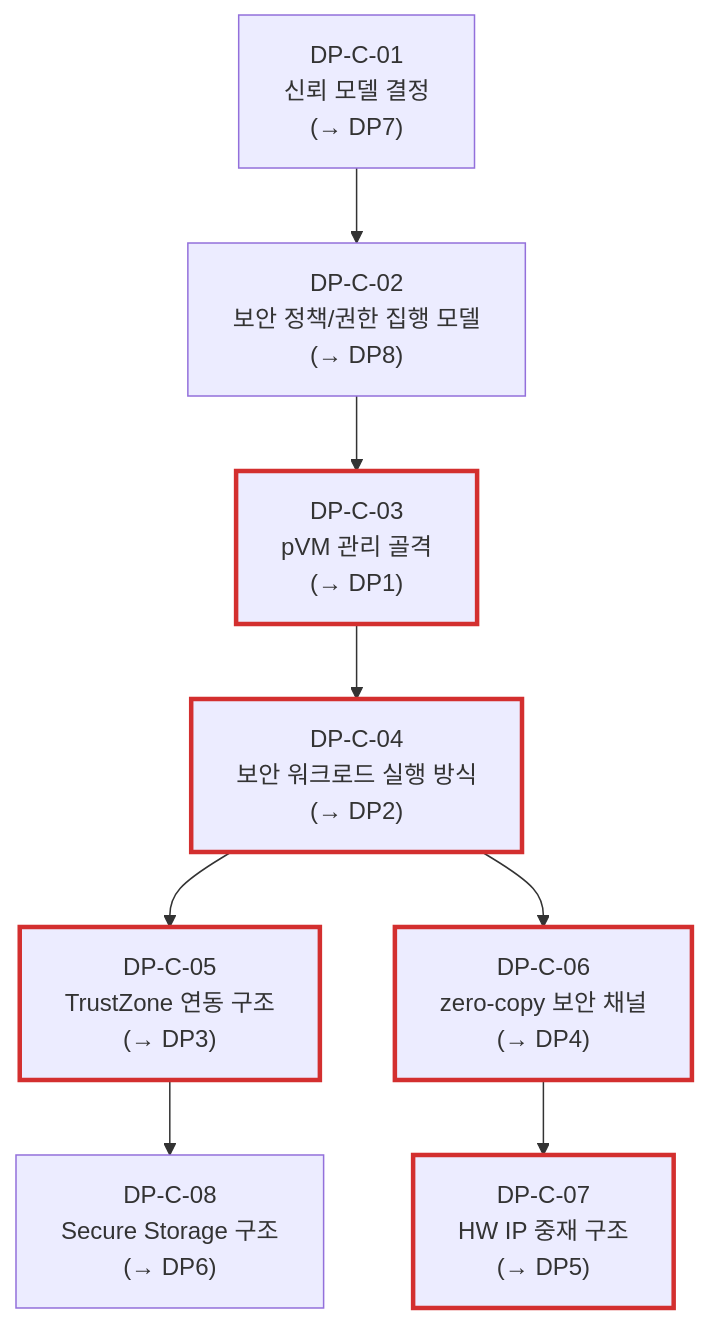
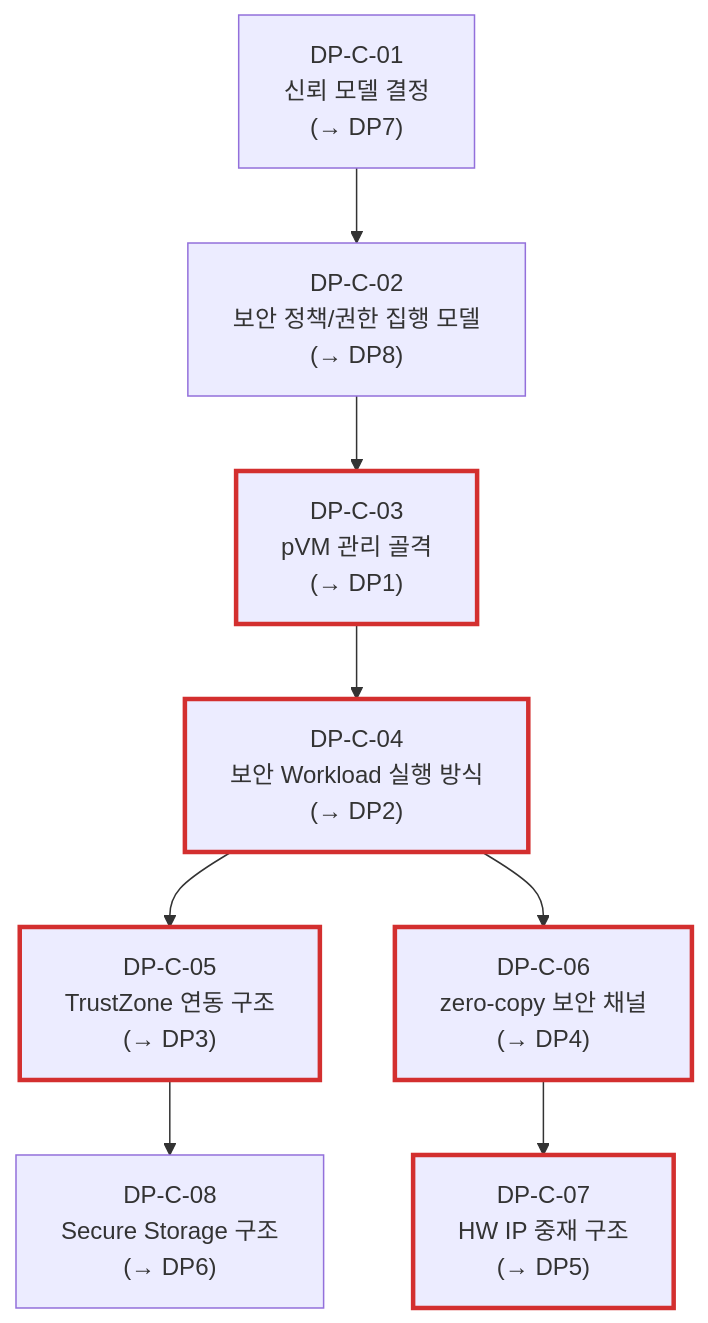
The diagram in docs/05_decision_points.md (boram1288/test-p), drawn with Mermaid before and after one commit. The commit also changed other lines of this file and 28 other files, not shown here.

````diff
--- a/docs/05_decision_points.md
+++ b/docs/05_decision_points.md
@@ -52,22 +52,22 @@
 ```mermaid
 flowchart TD
     DPC01["DP-C-01<br/>신뢰 모델 결정<br/>(→ DP7)"]
     DPC02["DP-C-02<br/>보안 정책/권한 집행 모델<br/>(→ DP8)"]
     DPC03["DP-C-03<br/>pVM 관리 골격<br/>(→ DP1)"]
-    DPC04["DP-C-04<br/>보안 워크로드 실행 방식<br/>(→ DP2)"]
+    DPC04["DP-C-04<br/>보안 Workload 실행 방식<br/>(→ DP2)"]
     DPC05["DP-C-05<br/>TrustZone 연동 구조<br/>(→ DP3)"]
     DPC06["DP-C-06<br/>zero-copy 보안 채널<br/>(→ DP4)"]
     DPC07["DP-C-07<br/>HW IP 중재 구조<br/>(→ DP5)"]
     DPC08["DP-C-08<br/>Secure Storage 구조<br/>(→ DP6)"]
 
     classDef critical stroke:#d32f2f,stroke-width:3px
     class DPC03,DPC04,DPC06,DPC07,DPC05 critical
 
     DPC01 --> DPC02
     DPC02 --> DPC03
     DPC03 --> DPC04
     DPC04 --> DPC05
     DPC04 --> DPC06
     DPC06 --> DPC07
     DPC05 --> DPC08
 ```
````
